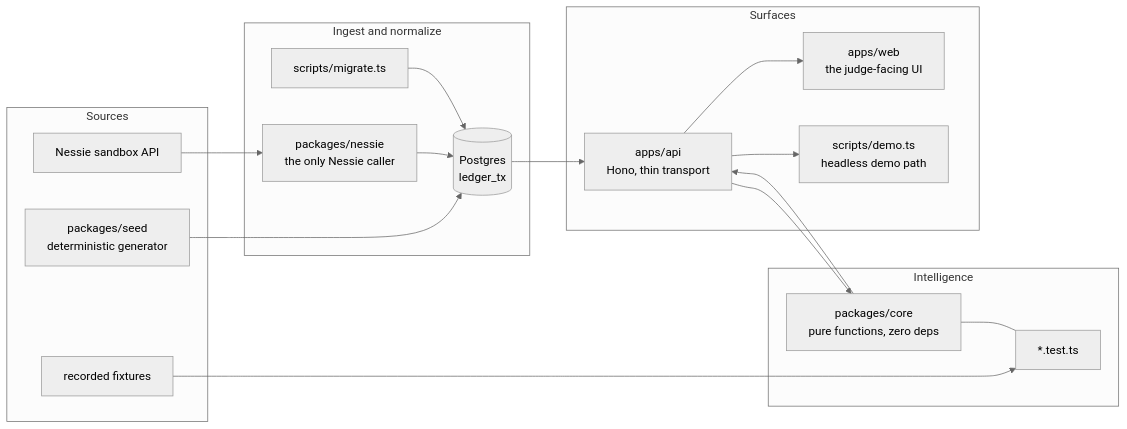
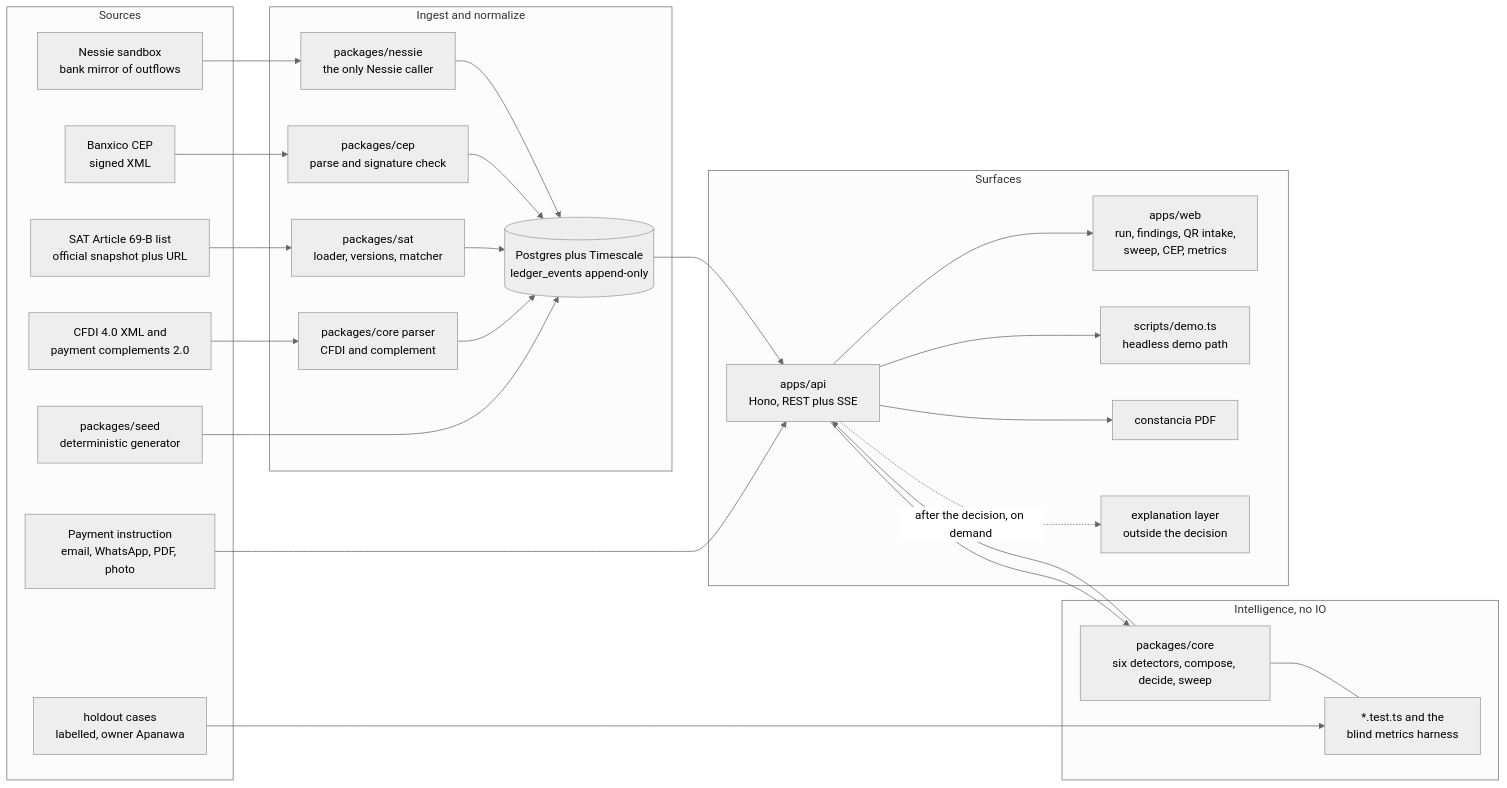
The first of 2 diagrams in docs/07-architecture.md (garzario/CapitalOneHackMTY), drawn with Mermaid (neutral theme) before and after one commit. The commit also changed other lines of this file and 7 other files, not shown here.

First line of the commit message:
docs: persona, journey, architecture, data model, demo, pitch, judge sheet and Devpost copy (#98)

````diff
--- a/docs/07-architecture.md
+++ b/docs/07-architecture.md
@@ -14,33 +20,49 @@
 ```mermaid
 flowchart LR
   subgraph S[Sources]
-    N[Nessie sandbox API]
+    X[CFDI 4.0 XML and<br/>payment complements 2.0]
+    P[Payment instruction<br/>email, WhatsApp, PDF, photo]
+    L[SAT Article 69-B list<br/>official snapshot plus URL]
+    C[Banxico CEP<br/>signed XML]
+    N[Nessie sandbox<br/>bank mirror of outflows]
     G[packages/seed<br/>deterministic generator]
-    F[recorded fixtures]
+    H[holdout cases<br/>labelled, owner Apanawa]
   end
   subgraph I[Ingest and normalize]
-    C[packages/nessie<br/>the only Nessie caller]
-    M[scripts/migrate.ts]
-    D[(Postgres<br/>ledger_tx)]
+    PA[packages/core parser<br/>CFDI and complement]
+    SA[packages/sat<br/>loader, versions, matcher]
+    CE[packages/cep<br/>parse and signature check]
+    NE[packages/nessie<br/>the only Nessie caller]
+    DB[(Postgres plus Timescale<br/>ledger_events append-only)]
   end
-  subgraph E[Intelligence]
-    K[packages/core<br/>pure functions, zero deps]
-    T[*.test.ts]
+  subgraph E[Intelligence, no IO]
+    K[packages/core<br/>six detectors, compose, decide, sweep]
+    T[*.test.ts and the<br/>blind metrics harness]
   end
   subgraph U[Surfaces]
-    A[apps/api<br/>Hono, thin transport]
-    W[apps/web<br/>the judge-facing UI]
-    X[scripts/demo.ts<br/>headless demo path]
+    A[apps/api<br/>Hono, REST plus SSE]
+    W[apps/web<br/>run, findings, QR intake,<br/>sweep, CEP, metrics]
+    D[scripts/demo.ts<br/>headless demo path]
+    R[constancia PDF]
+    M[explanation layer<br/>outside the decision]
   end
-  N --> C
-  G --> D
-  F --> T
-  C --> D
-  M --> D
-  D --> A
+  X --> PA
+  P --> A
+  L --> SA
+  C --> CE
+  N --> NE
+  G --> DB
+  H --> T
+  PA --> DB
+  SA --> DB
+  CE --> DB
+  NE --> DB
+  DB --> A
   A --> K
   K --> A
+  K --- T
   A --> W
-  A --> X
-  K --- T
+  A --> D
+  A --> R
+  A -. after the decision, on demand .-> M
 ```
````
